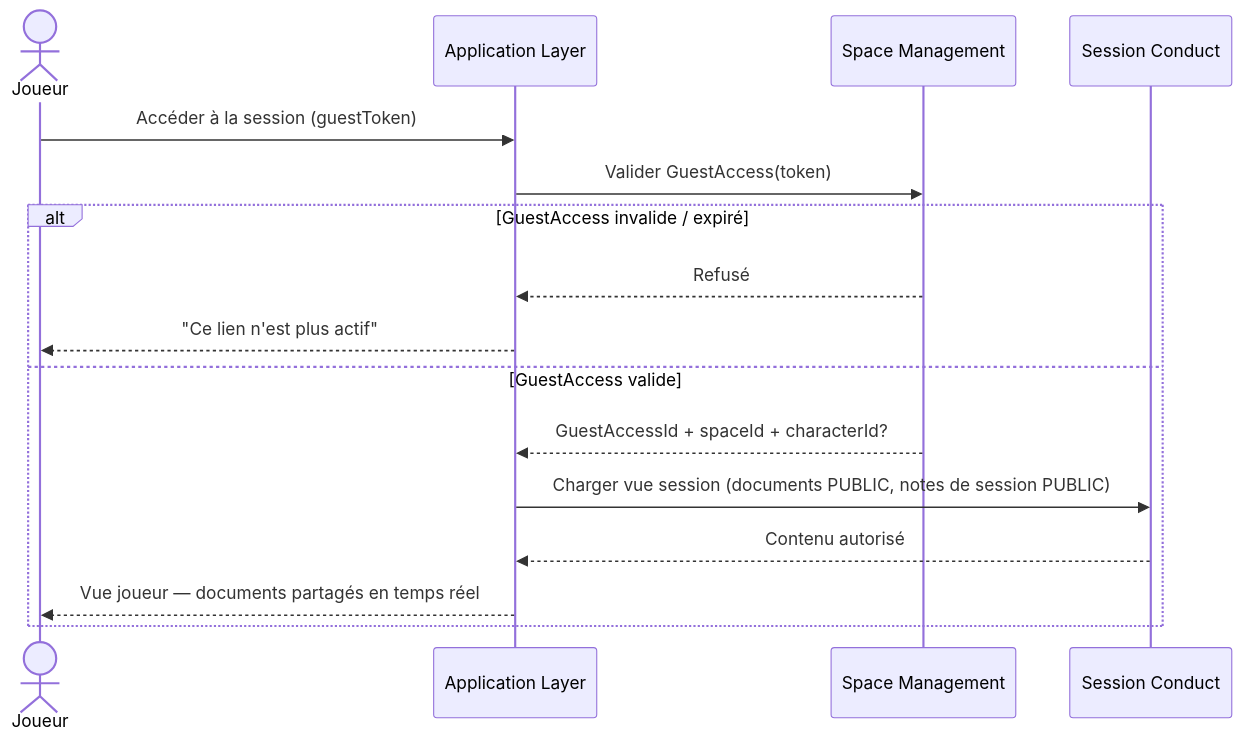
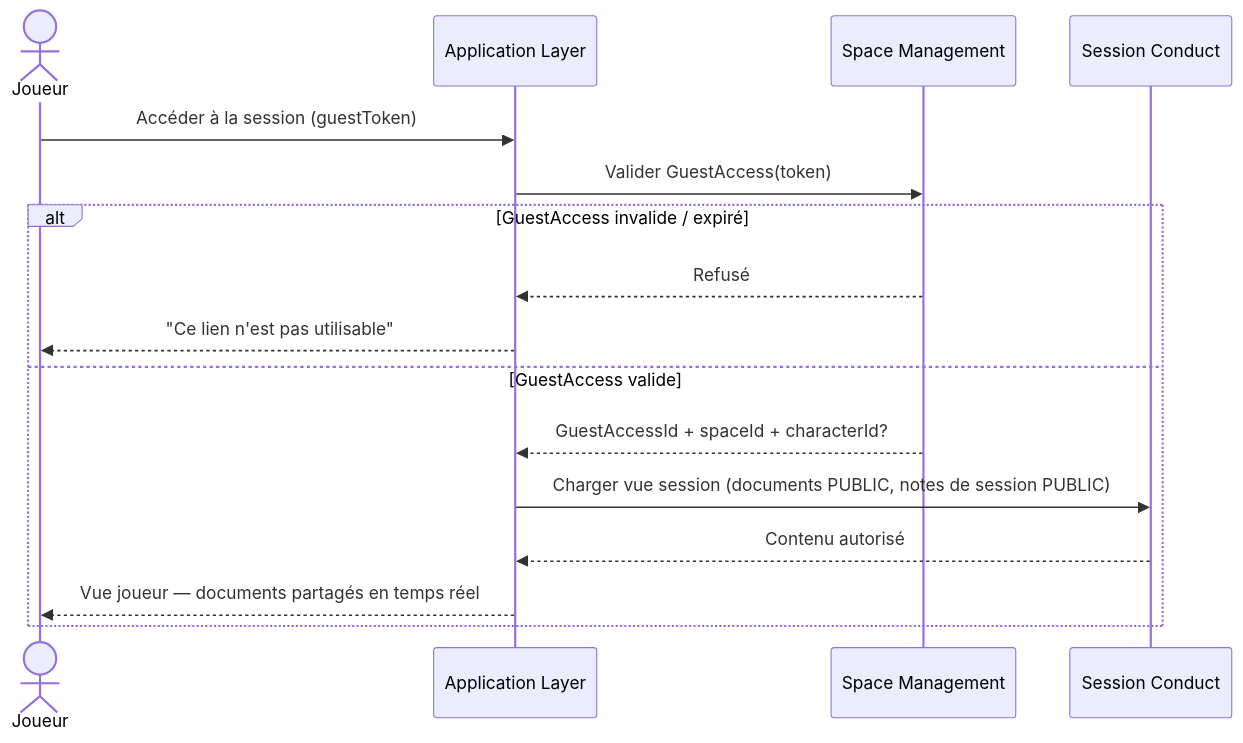
One commit to 2025-10-CDA-ECO-P6/PM-micro-saas changed the ninth of 9 diagrams in docs/domaine/session-conduct/flows.md. Above: the diagram before and after it, drawn with Mermaid. The commit also changed 107 other files, not shown here.

````diff
--- a/docs/domaine/session-conduct/flows.md
+++ b/docs/domaine/session-conduct/flows.md
@@ -142,19 +142,19 @@
 ```mermaid
 sequenceDiagram
     actor Joueur
     participant App as Application Layer
     participant SM as Space Management
     participant SC as Session Conduct
 
     Joueur->>App: Accéder à la session (guestToken)
     App->>SM: Valider GuestAccess(token)
     alt GuestAccess invalide / expiré
         SM-->>App: Refusé
-        App-->>Joueur: "Ce lien n'est plus actif"
+        App-->>Joueur: "Ce lien n'est pas utilisable"
     else GuestAccess valide
         SM-->>App: GuestAccessId + spaceId + characterId?
         App->>SC: Charger vue session (documents PUBLIC, notes de session PUBLIC)
         SC-->>App: Contenu autorisé
         App-->>Joueur: Vue joueur — documents partagés en temps réel
     end
 ```
````
